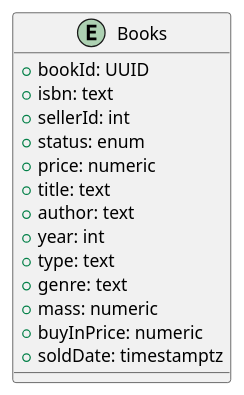
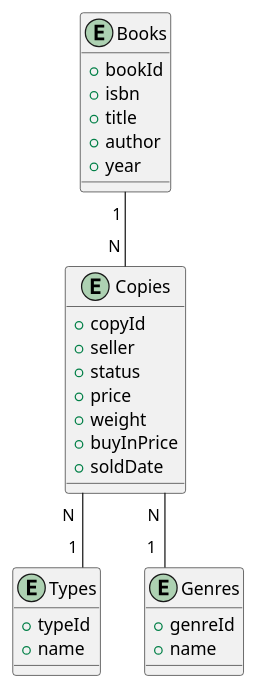
Before and after one commit to 3liasP/ArkkiDivari: the diagram in docs/project/diagrams/seller.pu, drawn with PlantUML. The commit also changed 7 other files, not shown here.

```diff
--- a/docs/project/diagrams/seller.pu
+++ b/docs/project/diagrams/seller.pu
@@ -1,17 +1,35 @@
 @startuml Seller Antiquarian
+skinparam linetype ortho
+
 entity Books {
-    + bookId: UUID /'primary key, globally unique'/
-    + isbn: text /'unique for same edition of book'/
-    + sellerId: int /'foreign key'/
-    + status: enum /'available, reserved, sold'/
-    + price: numeric
-    + title: text
-    + author: text
-    + year: int
-    + type: text
-    + genre: text
-    + mass: numeric
-    + buyInPrice: numeric
-    + soldDate: timestamptz
+    + bookId
+    + isbn
+    + title
+    + author
+    + year
 }
+
+entity Copies {
+    + copyId
+    + seller
+    + status
+    + price
+    + weight
+    + buyInPrice
+    + soldDate
+}
+
+entity Types {
+    + typeId
+    + name
+}
+
+entity Genres {
+    + genreId
+    + name
+}
+
+Books "1 " -- "N " Copies
+Copies "N " -- "1  " Types
+Copies "N  " -- "1 " Genres
 @enduml
```
